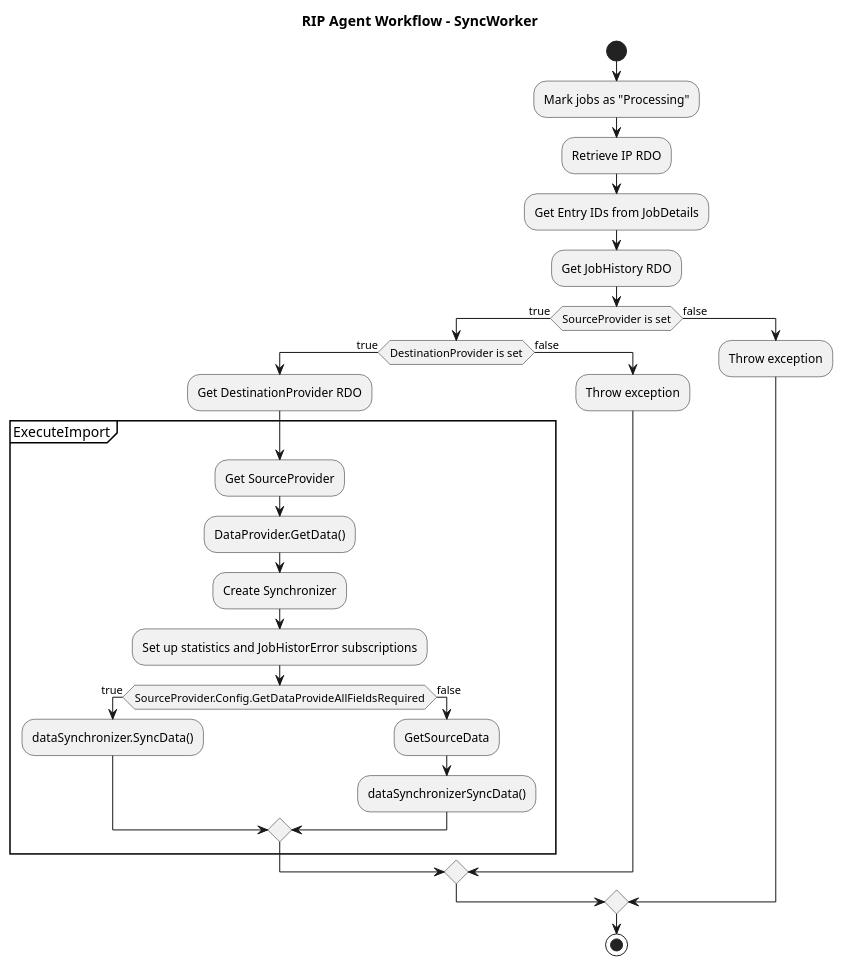
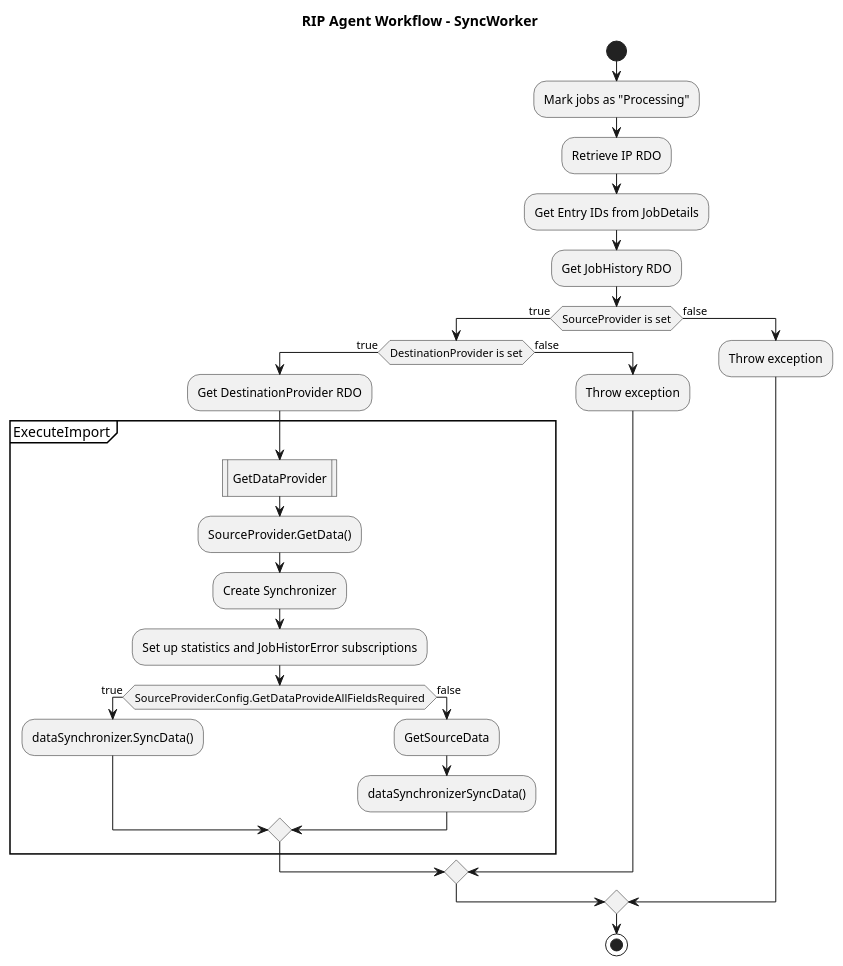
One commit to relativityone/server-integrationpoints-integrationpoints changed the diagram in documentation/SyncWorker.pu. Above: the diagram before and after it, drawn with PlantUML. The commit also changed 4 other files, not shown here.

First line of the commit message:
MOHR DIAGRAMS!!!

```diff
--- a/documentation/SyncWorker.pu
+++ b/documentation/SyncWorker.pu
@@ -1,38 +1,37 @@
 @startuml
 
 title RIP Agent Workflow - SyncWorker
-
 
 start
 
 :Mark jobs as "Processing";
 :Retrieve IP RDO;
 :Get Entry IDs from JobDetails;
 :Get JobHistory RDO;
 
 if (SourceProvider is set) then (true)
     if (DestinationProvider is set) then (true)
         :Get DestinationProvider RDO;
         partition ExecuteImport {
-            :Get SourceProvider;
-            :DataProvider.GetData();
+			:GetDataProvider|
+            :SourceProvider.GetData();
             :Create Synchronizer;
             :Set up statistics and JobHistorError subscriptions;
             
             if (SourceProvider.Config.GetDataProvideAllFieldsRequired) then (true)
                 :dataSynchronizer.SyncData();
             else (false)
                 :GetSourceData;
                 :dataSynchronizerSyncData();
             endif
         }
     else (false)
         :Throw exception;
     endif
 else (false)
     :Throw exception;
 endif
 
 stop
 
 @enduml
```
